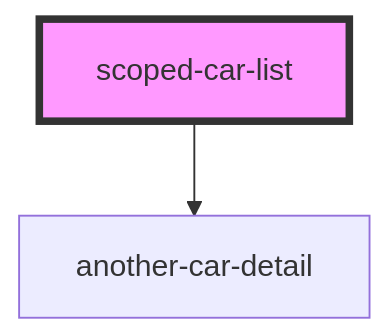
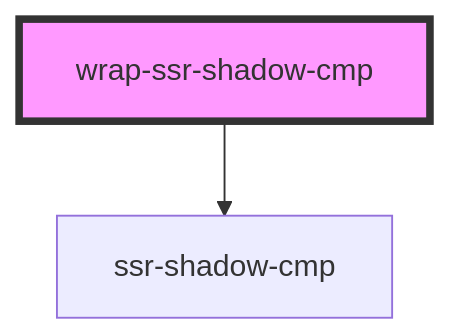
Before and after one commit to stenciljs/core: the diagram in test/end-to-end/src/declarative-shadow-dom/readme.md, drawn with Mermaid. The commit also changed other lines of this file and 6 other files, not shown here.

````diff
--- a/test/end-to-end/src/declarative-shadow-dom/readme.md
+++ b/test/end-to-end/src/declarative-shadow-dom/readme.md
@@ -48,5 +22,5 @@
 ```mermaid
 graph TD;
-  scoped-car-list --> another-car-detail
-  style scoped-car-list fill:#f9f,stroke:#333,stroke-width:4px
+  wrap-ssr-shadow-cmp --> ssr-shadow-cmp
+  style wrap-ssr-shadow-cmp fill:#f9f,stroke:#333,stroke-width:4px
 ```
````
